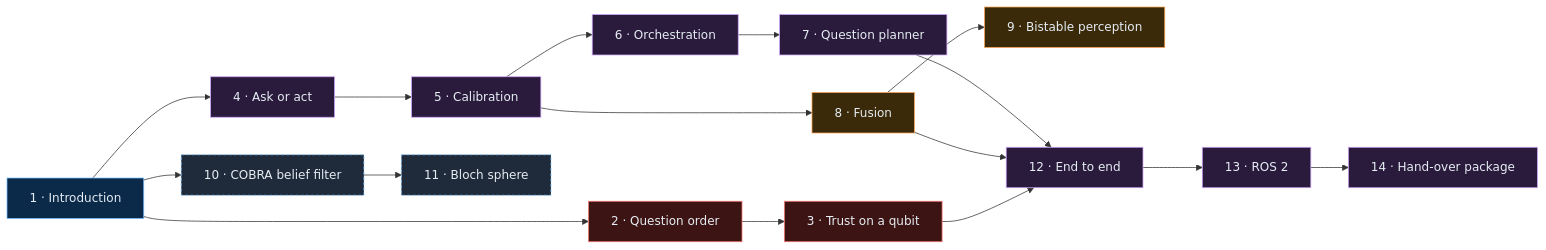
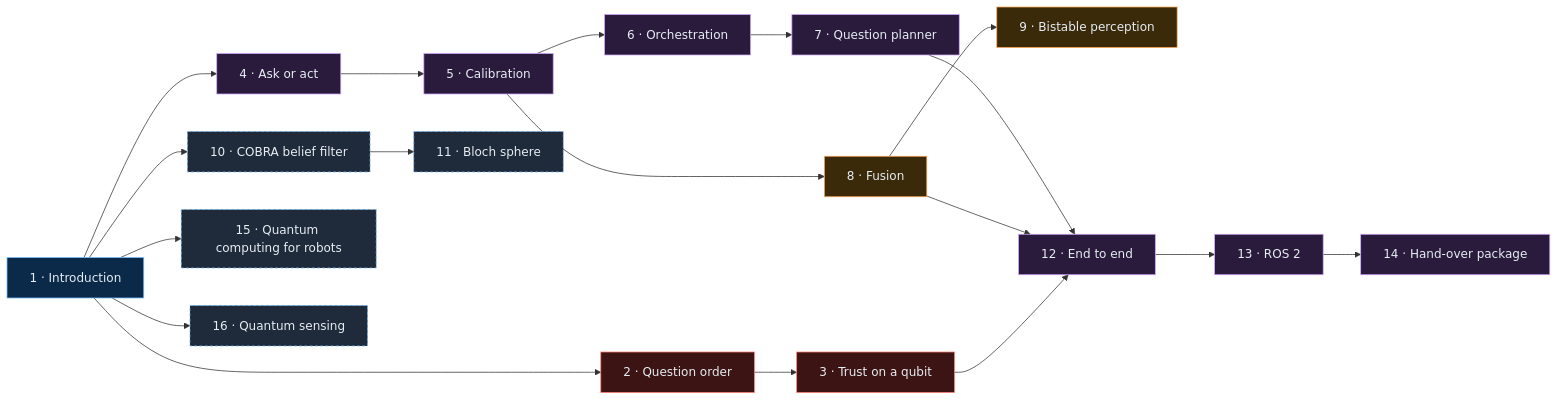
Before and after one commit to yeshwanthguru/Quantum-mind: the diagram in docs/tutorials/index.md, drawn with Mermaid. The commit also changed other lines of this file and 55 other files, not shown here.

First line of the commit message:
Cover all three threads of quantum robotics: computing, sensing and cognition

````diff
--- a/docs/tutorials/index.md
+++ b/docs/tutorials/index.md
@@ -12,17 +12,19 @@
 ```{mermaid}
 flowchart LR
     accTitle: Reading order of the tutorials
-    accDescr: The introduction leads to four tracks: models of people (2, 3), the robot decision layer (4 to 7, then 12, 13 and the packaged hand-over use case 14), perception (8, 9) and the COBRA belief filter and viewer (10, 11).
+    accDescr: The introduction leads to four tracks: models of people (2, 3), the robot decision layer (4 to 7, then 12, 13 and the packaged hand-over use case 14), perception (8, 9) and the COBRA belief filter and viewer (10, 11), and the quantum computing and quantum sensing threads (15, 16).
     T1["1 · Introduction"]:::a --> T2["2 · Question order"]:::h --> T3["3 · Trust on a qubit"]:::h
     T1 --> T4["4 · Ask or act"]:::r --> T5["5 · Calibration"]:::r --> T6["6 · Orchestration"]:::r --> T7["7 · Question planner"]:::r
     T5 --> T8["8 · Fusion"]:::p --> T9["9 · Bistable perception"]:::p
     T1 --> T10["10 · COBRA belief filter"]:::q --> T11["11 · Bloch sphere"]:::q
+    T1 --> T15["15 · Quantum computing for robots"]:::q
+    T1 --> T16["16 · Quantum sensing"]:::q
     T7 --> T12["12 · End to end"]:::r
     T8 --> T12
     T3 --> T12 --> T13["13 · ROS 2"]:::r --> T14["14 · Hand-over package"]:::r
     classDef a fill:#0b2a4a,stroke:#79c0ff,color:#e6edf3
     classDef h fill:#3d1414,stroke:#ff7b72,color:#e6edf3
     classDef r fill:#2a1b3d,stroke:#d2a8ff,color:#e6edf3
     classDef p fill:#3a2a0a,stroke:#ffa657,color:#e6edf3
     classDef q fill:#1f2a3a,stroke:#79c0ff,color:#e6edf3,stroke-dasharray:4 3
 ```
````
